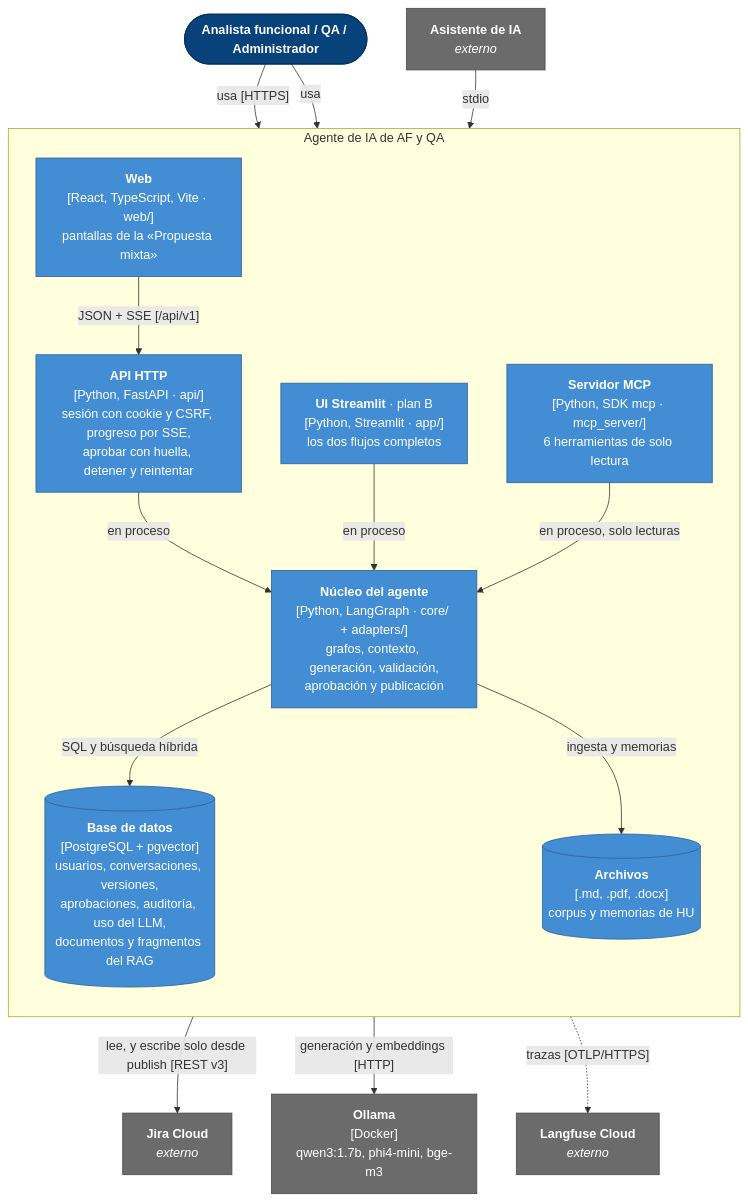
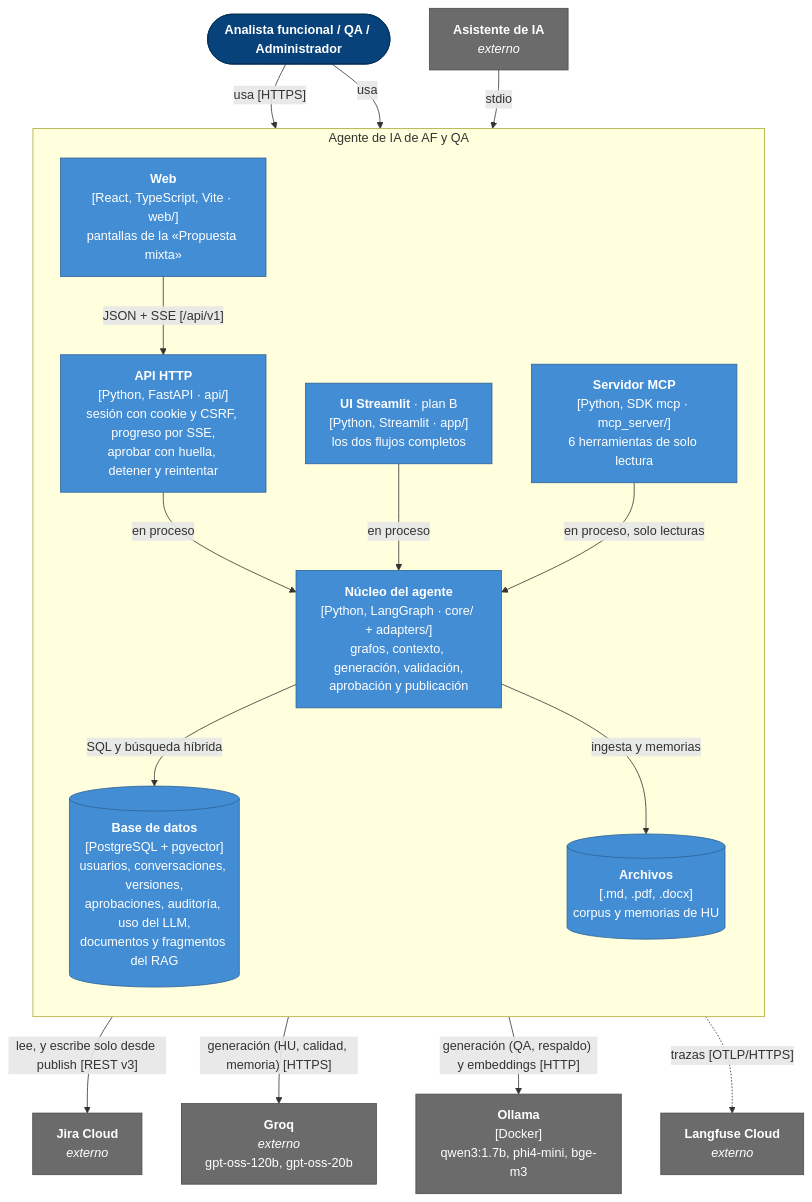
The second of 4 diagrams in docs/arquitectura-c4.md (maujimenez4/agente-af-qa), drawn with Mermaid before and after one commit. The commit also changed other lines of this file and 5 other files, not shown here.

Commit message:
Documentación al día (2026-10-08): modelos mixtos en los diagramas de arquitectura y C4, README con el arranque diario, DEMO.md con la variante B en AFQP y ONBOARDING con el estado actual

````diff
--- a/docs/arquitectura-c4.md
+++ b/docs/arquitectura-c4.md
@@ -51,40 +55,42 @@
 ```mermaid
 flowchart TB
     user(["<b>Analista funcional / QA / Administrador</b>"])
     asis["<b>Asistente de IA</b><br/><i>externo</i>"]
 
     subgraph SYS["Agente de IA de AF y QA"]
         direction TB
         web["<b>Web</b><br/>[React, TypeScript, Vite · web/]<br/>pantallas de la «Propuesta mixta»"]
         st["<b>UI Streamlit</b> · plan B<br/>[Python, Streamlit · app/]<br/>los dos flujos completos"]
         api["<b>API HTTP</b><br/>[Python, FastAPI · api/]<br/>sesión con cookie y CSRF, progreso por SSE,<br/>aprobar con huella, detener y reintentar"]
         mcp["<b>Servidor MCP</b><br/>[Python, SDK mcp · mcp_server/]<br/>6 herramientas de solo lectura"]
         core["<b>Núcleo del agente</b><br/>[Python, LangGraph · core/ + adapters/]<br/>grafos, contexto, generación, validación,<br/>aprobación y publicación"]
         db[("<b>Base de datos</b><br/>[PostgreSQL + pgvector]<br/>usuarios, conversaciones, versiones,<br/>aprobaciones, auditoría, uso del LLM,<br/>documentos y fragmentos del RAG")]
         files[("<b>Archivos</b><br/>[.md, .pdf, .docx]<br/>corpus y memorias de HU")]
     end
 
     jira["<b>Jira Cloud</b><br/><i>externo</i>"]
+    groq["<b>Groq</b><br/><i>externo</i><br/>gpt-oss-120b, gpt-oss-20b"]
     llm["<b>Ollama</b><br/>[Docker]<br/>qwen3:1.7b, phi4-mini, bge-m3"]
     lf["<b>Langfuse Cloud</b><br/><i>externo</i>"]
 
     user -- "usa [HTTPS]" --> web
     user -- "usa" --> st
     asis -- "stdio" --> mcp
     web -- "JSON + SSE [/api/v1]" --> api
     api -- "en proceso" --> core
     st -- "en proceso" --> core
     mcp -- "en proceso, solo lecturas" --> core
     core -- "SQL y búsqueda híbrida" --> db
     core -- "ingesta y memorias" --> files
     core -- "lee, y escribe solo desde publish [REST v3]" --> jira
-    core -- "generación y embeddings [HTTP]" --> llm
+    core -- "generación (HU, calidad, memoria) [HTTPS]" --> groq
+    core -- "generación (QA, respaldo) y embeddings [HTTP]" --> llm
     core -. "trazas [OTLP/HTTPS]" .-> lf
 
     classDef persona fill:#08427b,stroke:#052e56,color:#fff
     classDef contenedor fill:#438dd5,stroke:#2e6295,color:#fff
     classDef externo fill:#6b6b6b,stroke:#4a4a4a,color:#fff
     class user persona
     class web,st,api,mcp,core,db,files contenedor
-    class asis,jira,llm,lf externo
+    class asis,jira,groq,llm,lf externo
 ```
````
